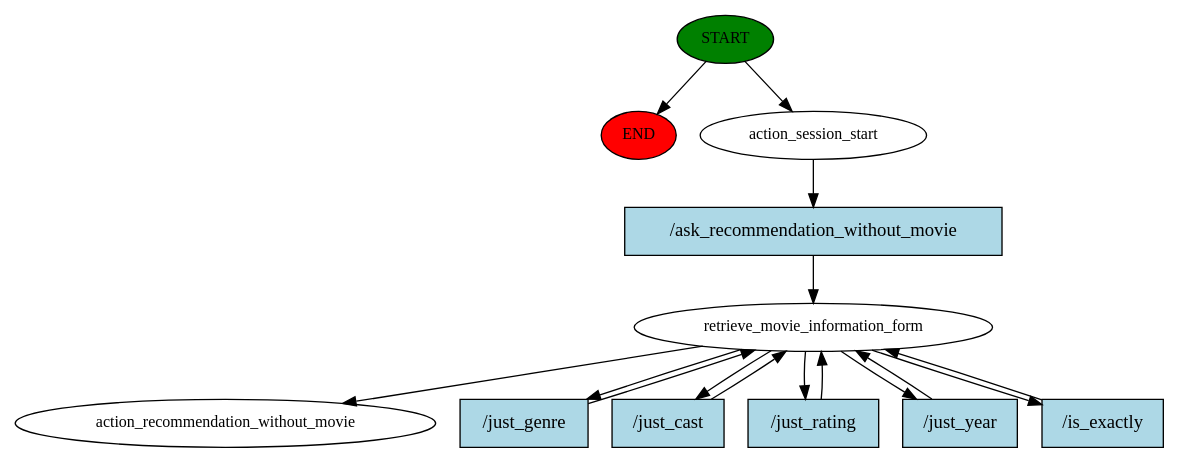
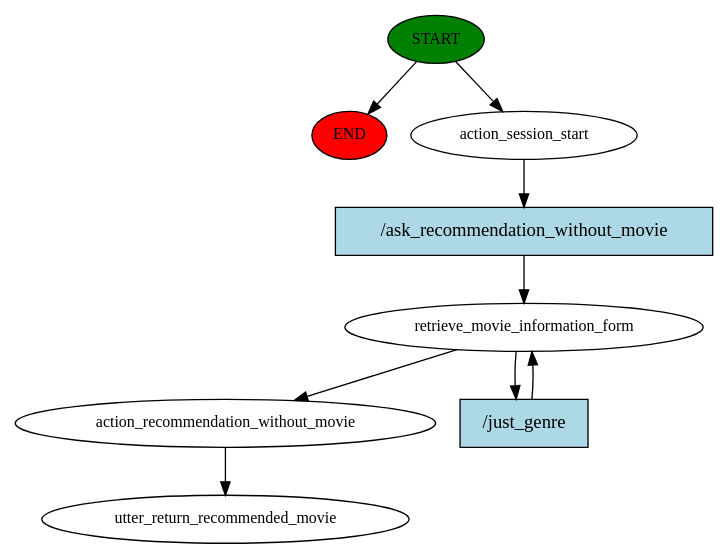
The diagram in story_graph.dot (Bru0x11/Human_Machine_Dialogue-Rasa), drawn with Graphviz before and after one commit. The commit also changed 608 other files, not shown here.

```diff
--- a/story_graph.dot
+++ b/story_graph.dot
@@ -1,28 +1,18 @@
 digraph  {
 0 [class="start active", fillcolor=green, fontsize=12, label=START, style=filled];
 "-1" [class=end, fillcolor=red, fontsize=12, label=END, style=filled];
 1 [class=active, fontsize=12, label=action_session_start];
 2 [class=active, fontsize=12, label=retrieve_movie_information_form];
-8 [class="dashed active", fontsize=12, label=action_recommendation_without_movie];
-9 [class="intent active", fillcolor=lightblue, label="/ask_recommendation_without_movie", shape=rect, style=filled];
-10 [class="intent active", fillcolor=lightblue, label="/just_genre", shape=rect, style=filled];
-11 [class="intent active", fillcolor=lightblue, label="/just_cast", shape=rect, style=filled];
-12 [class="intent active", fillcolor=lightblue, label="/just_rating", shape=rect, style=filled];
-13 [class="intent active", fillcolor=lightblue, label="/just_year", shape=rect, style=filled];
-14 [class="intent active", fillcolor=lightblue, label="/is_exactly", shape=rect, style=filled];
+4 [class=active, fontsize=12, label=action_recommendation_without_movie];
+5 [class="dashed active", fontsize=12, label=utter_return_recommended_movie];
+6 [class="intent active", fillcolor=lightblue, label="/ask_recommendation_without_movie", shape=rect, style=filled];
+7 [class="intent active", fillcolor=lightblue, label="/just_genre", shape=rect, style=filled];
 0 -> "-1"  [class="", key=NONE, label=""];
 0 -> 1  [class=active, key=NONE, label=""];
-1 -> 9  [class=active, key=0];
-2 -> 8  [class=active, key=NONE, label=""];
-2 -> 10  [class=active, key=0];
-2 -> 11  [class=active, key=0];
-2 -> 12  [class=active, key=0];
-2 -> 13  [class=active, key=0];
-2 -> 14  [class=active, key=0];
-9 -> 2  [class=active, key=0];
-10 -> 2  [class=active, key=0];
-11 -> 2  [class=active, key=0];
-12 -> 2  [class=active, key=0];
-13 -> 2  [class=active, key=0];
-14 -> 2  [class=active, key=0];
+1 -> 6  [class=active, key=0];
+2 -> 4  [class=active, key=NONE, label=""];
+2 -> 7  [class=active, key=0];
+4 -> 5  [class=active, key=NONE, label=""];
+6 -> 2  [class=active, key=0];
+7 -> 2  [class=active, key=0];
 }
```
